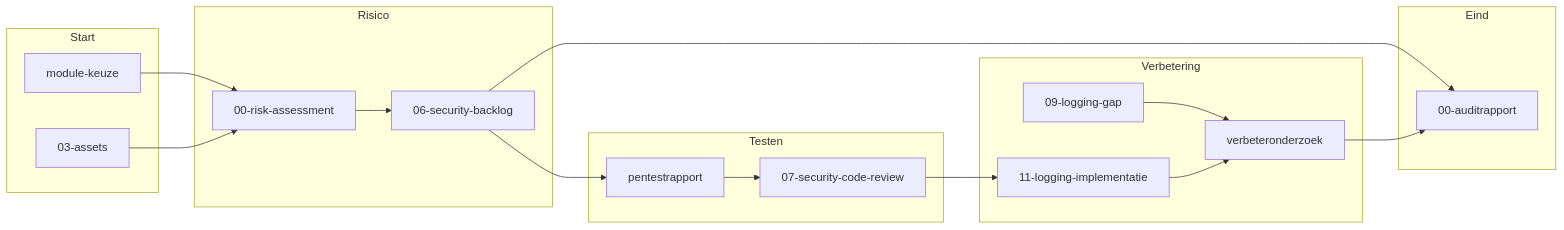
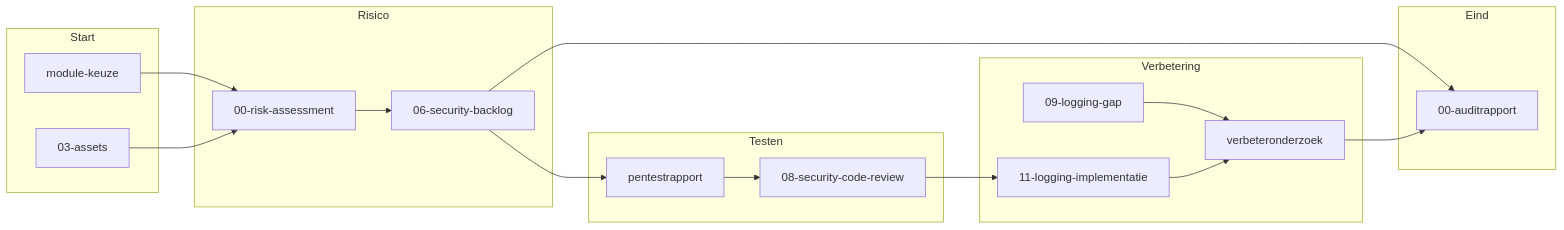
The diagram in docs/README.md (Avans-Groep-C8/ATx-2.4-Software-security-en-compliance), drawn with Mermaid before and after one commit. The commit also changed other lines of this file and 7 other files, not shown here.

First line of the commit message:
Update references to 08-security-code-review

````diff
--- a/docs/README.md
+++ b/docs/README.md
@@ -95,38 +95,38 @@
 ```mermaid
 flowchart LR
     subgraph start [Start]
         MK[module-keuze]
         AS[03-assets]
     end
 
     subgraph risico [Risico]
         RA[00-risk-assessment]
         BL[06-security-backlog]
     end
 
     subgraph test [Testen]
         PT[pentestrapport]
-        SCR[07-security-code-review]
+        SCR[08-security-code-review]
     end
 
     subgraph fix [Verbetering]
         GAP[09-logging-gap]
         LOG[11-logging-implementatie]
         VERB[verbeteronderzoek]
     end
 
     subgraph eind [Eind]
         AR[00-auditrapport]
     end
 
     MK --> RA
     AS --> RA
     RA --> BL
     BL --> PT
     PT --> SCR
     GAP --> VERB
     SCR --> LOG
     LOG --> VERB
     BL --> AR
     VERB --> AR
 ```
````
